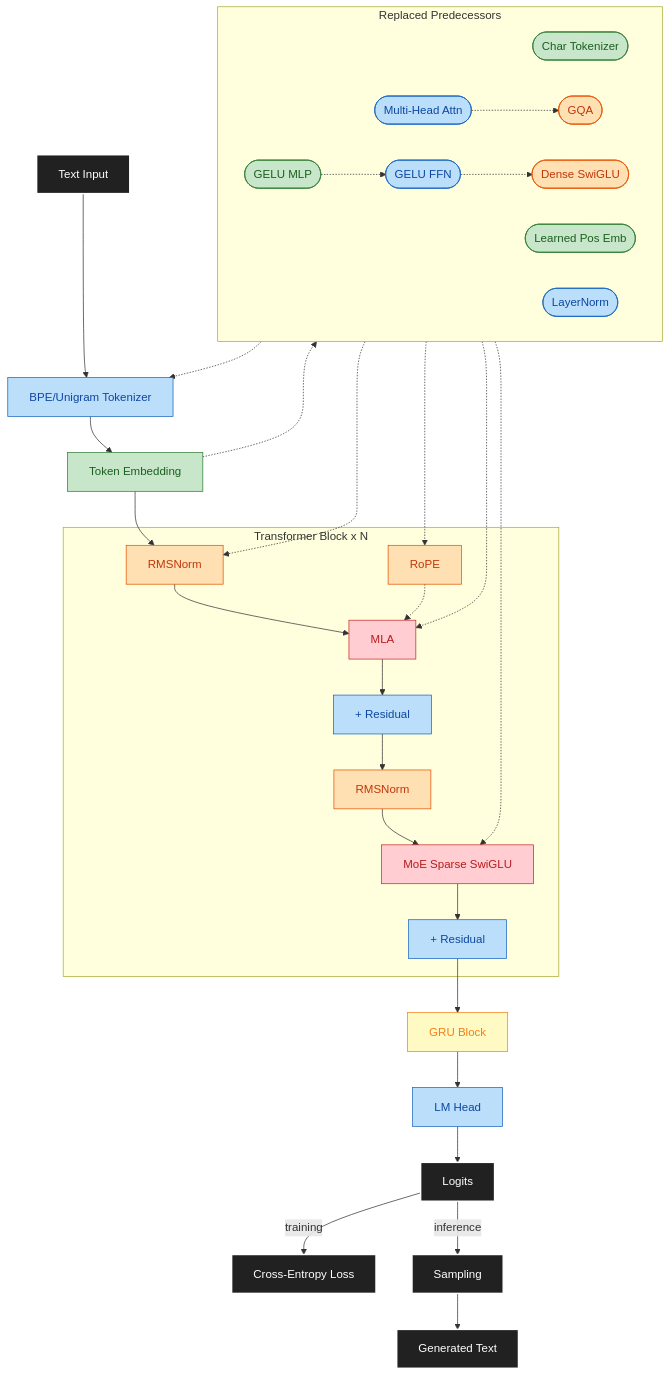
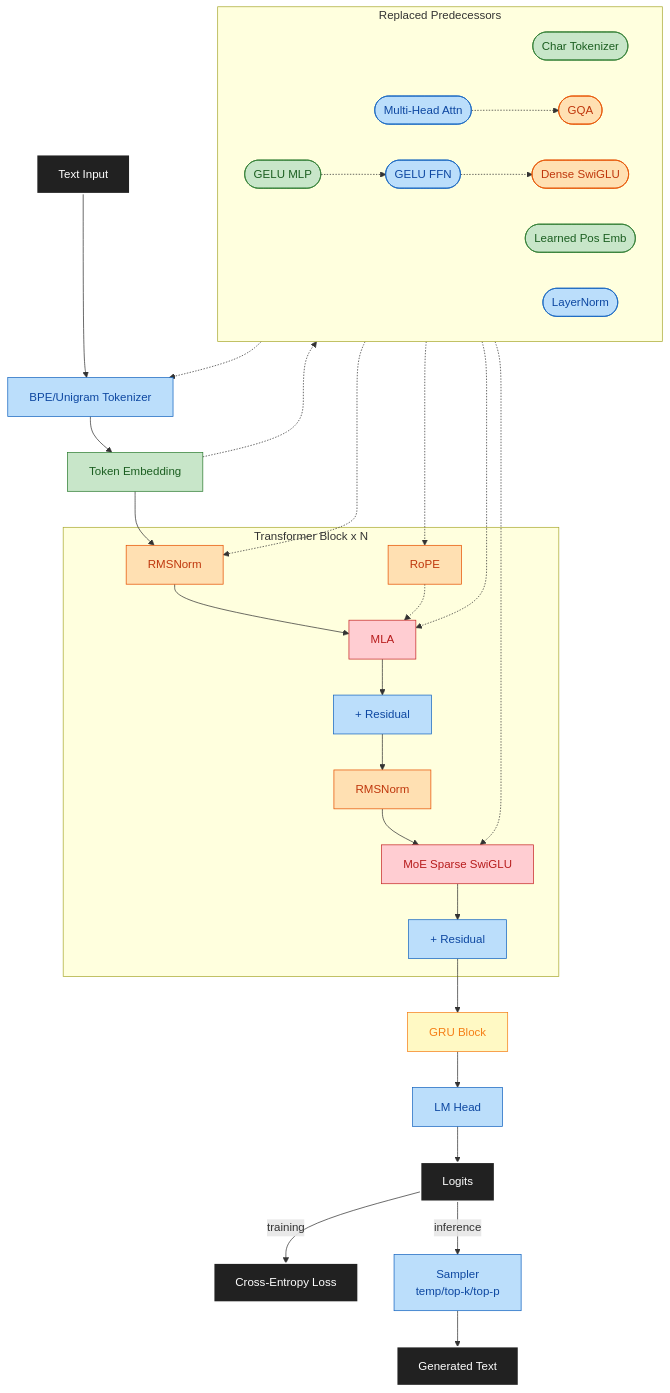
One commit to maxjbarfuss/max_llm changed the diagram in README.md. Above: the diagram before and after it, drawn with Mermaid. The commit also changed other lines of this file and 11 other files, not shown here.

Commit message:
Refactor inference utilities and sampling

````diff
--- a/README.md
+++ b/README.md
@@ -49,43 +49,43 @@
 ```mermaid
 graph TD
     In[Text Input]:::io --> Tok[BPE/Unigram Tokenizer]:::p3 --> Emb[Token Embedding]:::p2 --> N1
 
     subgraph Block[Transformer Block x N]
         N1[RMSNorm]:::p4 --> ATT[MLA]:::p7 --> R1[+ Residual]:::p3
         RoPE[RoPE]:::p4 -.-> ATT
         R1 --> N2[RMSNorm]:::p4 --> MOE[MoE Sparse SwiGLU]:::p7 --> R2[+ Residual]:::p3
     end
 
     R2 --> GRU[GRU Block]:::p8 --> Head[LM Head]:::p3 --> Logits[Logits]:::io
     Logits -->|training| Loss[Cross-Entropy Loss]:::io
-    Logits -->|inference| Samp[Sampling]:::io --> GenOut[Generated Text]:::io
+    Logits -->|inference| Samp[Sampler<br/>temp/top-k/top-p]:::p3 --> GenOut[Generated Text]:::io
 
     subgraph Replaced[Replaced Predecessors]
         direction LR
         CT([Char Tokenizer]):::p2
         LPE([Learned Pos Emb]):::p2
         LF([GELU MLP]):::p2
         LN([LayerNorm]):::p3
         MHA([Multi-Head Attn]):::p3
         GF([GELU FFN]):::p3
         GQA2([GQA]):::p4
         SW([Dense SwiGLU]):::p4
     end
 
     CT -.-> Tok
     Emb -.-> LPE
     LPE -.-> RoPE
     LF -.-> GF
     LN -.-> N1
     MHA -.-> GQA2
     GF -.-> SW
     GQA2 -.-> ATT
     SW -.-> MOE
 
     classDef io fill:#212121,stroke:#FFFFFF,color:#FFFFFF,stroke-width:2px
     classDef p2 fill:#C8E6C9,stroke:#2E7D32,color:#1B5E20
     classDef p3 fill:#BBDEFB,stroke:#1565C0,color:#0D47A1
     classDef p4 fill:#FFE0B2,stroke:#E65100,color:#BF360C
     classDef p7 fill:#FFCDD2,stroke:#C62828,color:#B71C1C
     classDef p8 fill:#FFF9C4,stroke:#F57F17,color:#F57F17
 ```
````
